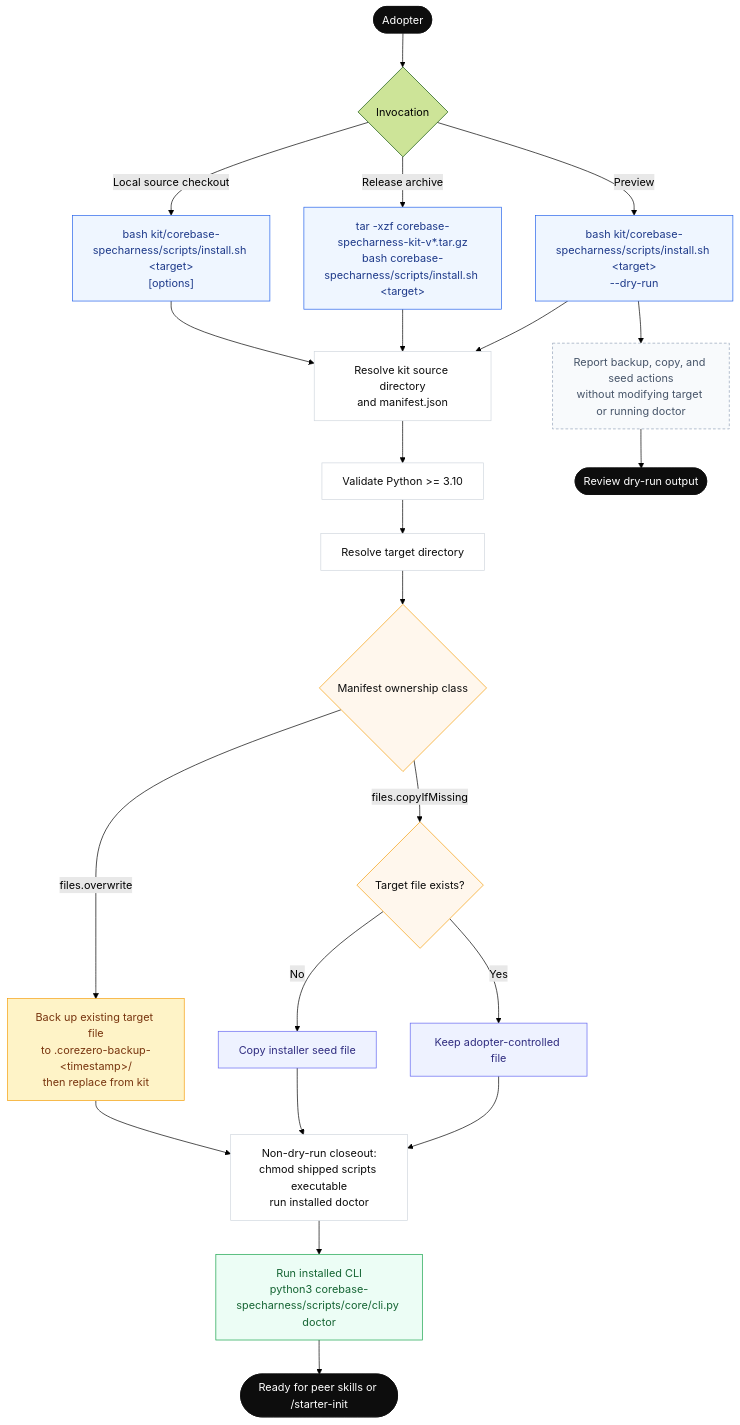
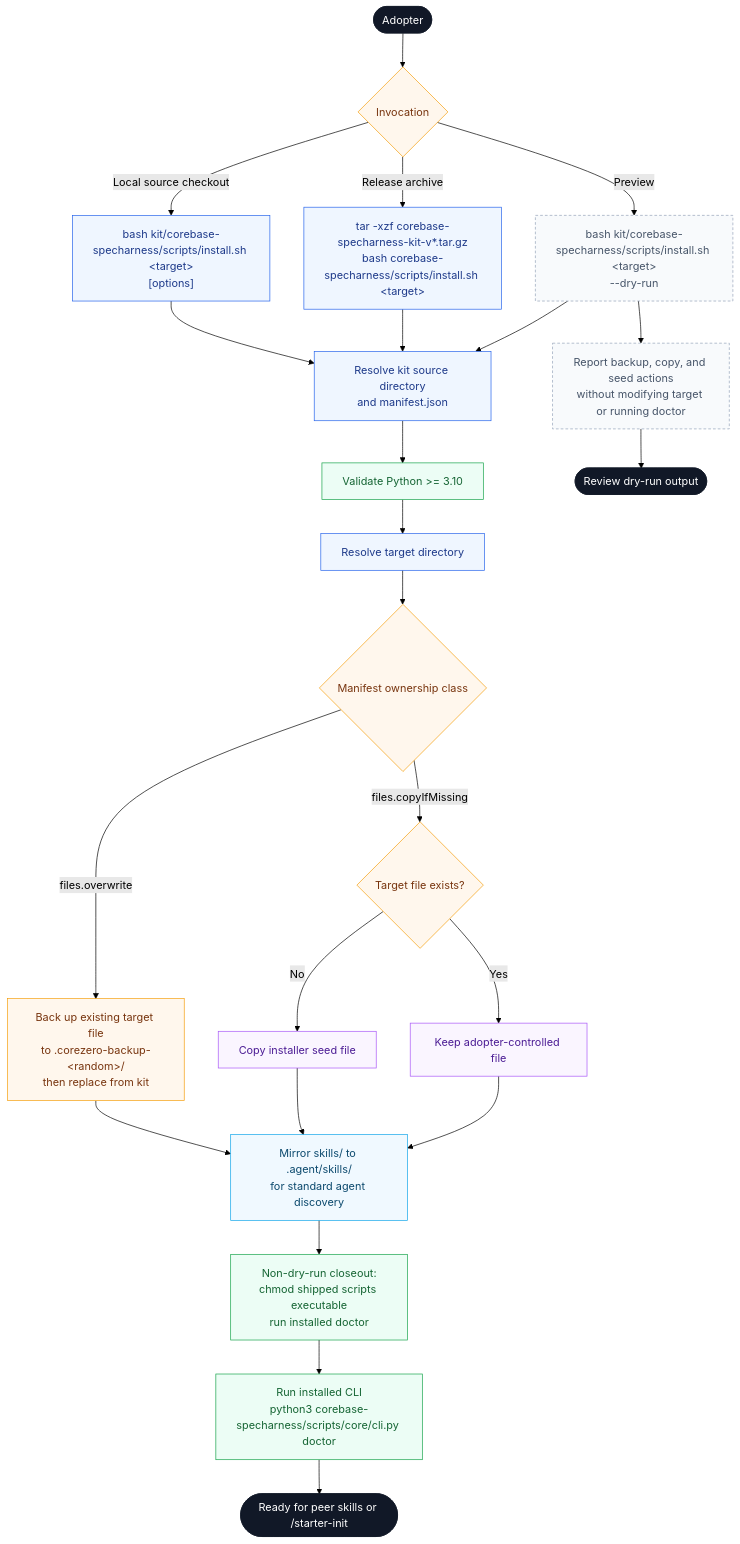
The diagram in documents/diagrams/source/workflow/install-flow.mmd (thaihai-swe/corebase-specharness), drawn with Mermaid (forest theme) before and after one commit. The commit also changed 22 other files, not shown here.

First line of the commit message:
Refactor workflow diagrams and enhance documentation

```diff
--- a/documents/diagrams/source/workflow/install-flow.mmd
+++ b/documents/diagrams/source/workflow/install-flow.mmd
@@ -1,50 +1,52 @@
 flowchart TD
     %% Install Flow — implementation authority:
     %% install.sh, manifest.json, INSTALL.md, and ARCHITECTURE.md
+    %% Palette: documents/diagrams/source/_shared/palette.md
 
-    START([Adopter]) --> ENTRY{Invocation}
-    ENTRY -->|Local source checkout| LOCAL["bash kit/corebase-specharness/scripts/install.sh &lt;target&gt;<br/>[options]"]:::entry
-    ENTRY -->|Release archive| ARCHIVE["tar -xzf corebase-specharness-kit-v*.tar.gz<br/>bash corebase-specharness/scripts/install.sh &lt;target&gt;"]:::entry
-    ENTRY -->|Preview| DRY["bash kit/corebase-specharness/scripts/install.sh &lt;target&gt;<br/>--dry-run"]:::entry
+    START([Adopter]):::terminal --> ENTRY{Invocation}:::decision
+    ENTRY -->|Local source checkout| LOCAL["bash kit/corebase-specharness/scripts/install.sh &lt;target&gt;<br/>[options]"]:::core
+    ENTRY -->|Release archive| ARCHIVE["tar -xzf corebase-specharness-kit-v*.tar.gz<br/>bash corebase-specharness/scripts/install.sh &lt;target&gt;"]:::core
+    ENTRY -->|Preview| DRY["bash kit/corebase-specharness/scripts/install.sh &lt;target&gt;<br/>--dry-run"]:::optional
 
-    LOCAL --> SOURCE["Resolve kit source directory<br/>and manifest.json"]:::action
+    LOCAL --> SOURCE["Resolve kit source directory<br/>and manifest.json"]:::core
     ARCHIVE --> SOURCE
     DRY --> SOURCE
 
-    SOURCE --> REQ["Validate Python &gt;= 3.10"]:::action
-    REQ --> TARGET["Resolve target directory"]:::action
+    SOURCE --> REQ["Validate Python &gt;= 3.10"]:::gate
+    REQ --> TARGET["Resolve target directory"]:::core
 
     TARGET --> OWNERSHIP{Manifest ownership class}:::decision
-    OWNERSHIP -->|files.overwrite| OW["Back up existing target file<br/>to .corezero-backup-&lt;timestamp&gt;/<br/>then replace from kit"]:::overwrite
+    OWNERSHIP -->|files.overwrite| OW["Back up existing target file<br/>to .corezero-backup-&lt;random&gt;/<br/>then replace from kit"]:::decision
     OWNERSHIP -->|files.copyIfMissing| CIM{Target file exists?}:::decision
-    CIM -->|No| SEED["Copy installer seed file"]:::seed
-    CIM -->|Yes| SKIP["Keep adopter-controlled file"]:::seed
+    CIM -->|No| SEED["Copy installer seed file"]:::memory
+    CIM -->|Yes| SKIP["Keep adopter-controlled file"]:::memory
 
-    OW --> CLOSE
-    SEED --> CLOSE
-    SKIP --> CLOSE
+    OW --> AGENT_MIRROR
+    SEED --> AGENT_MIRROR
+    SKIP --> AGENT_MIRROR
 
-    CLOSE["Non-dry-run closeout:<br/>chmod shipped scripts executable<br/>run installed doctor"]:::action
-    CLOSE --> DOCTOR["Run installed CLI<br/>python3 corebase-specharness/scripts/core/cli.py doctor"]:::verify
+    AGENT_MIRROR["Mirror skills/ to .agent/skills/<br/>for standard agent discovery"]:::external
+    AGENT_MIRROR --> CLOSE
+
+    CLOSE["Non-dry-run closeout:<br/>chmod shipped scripts executable<br/>run installed doctor"]:::gate
+    CLOSE --> DOCTOR["Run installed CLI<br/>python3 corebase-specharness/scripts/core/cli.py doctor"]:::gate
     DOCTOR --> READY([Ready for peer skills or /starter-init]):::terminal
 
-    DRY --> DRY_REPORT["Report backup, copy, and seed actions<br/>without modifying target or running doctor"]:::dry
+    DRY --> DRY_REPORT["Report backup, copy, and seed actions<br/>without modifying target or running doctor"]:::optional
     DRY_REPORT --> PREVIEW([Review dry-run output]):::terminal
 
-    classDef terminal fill:#0d0d0d,stroke:#0d0d0d,color:#fff
-    classDef entry fill:#eff6ff,stroke:#2563eb,color:#1e3a8a
-    classDef action fill:#fff,stroke:#d0d7de,color:#0d0d0d
-    classDef decision fill:#fff7ed,stroke:#f59e0b,color:#0d0d0d
-    classDef overwrite fill:#fef3c7,stroke:#f59e0b,color:#78350f
-    classDef seed fill:#eef2ff,stroke:#6366f1,color:#312e81
-    classDef verify fill:#ecfdf5,stroke:#16a34a,color:#166534
-    classDef dry fill:#f8fafc,stroke:#94a3b8,color:#475569,stroke-dasharray:4 3
+    classDef terminal fill:#111827,stroke:#111827,color:#fff
+    classDef core fill:#eff6ff,stroke:#2563eb,color:#1e3a8a
+    classDef gate fill:#ecfdf5,stroke:#16a34a,color:#166534
+    classDef decision fill:#fff7ed,stroke:#f59e0b,color:#78350f
+    classDef optional fill:#f8fafc,stroke:#94a3b8,color:#475569,stroke-dasharray:4 3
+    classDef external fill:#f0f9ff,stroke:#0ea5e9,color:#0c4a6e
+    classDef memory fill:#faf5ff,stroke:#a855f7,color:#4c1d95
 
     class START,READY,PREVIEW terminal
-    class LOCAL,ARCHIVE,DRY entry
-    class SOURCE,REQ,TARGET,CLOSE action
-    class OWNERSHIP,CIM decision
-    class OW overwrite
-    class SEED,SKIP seed
-    class DOCTOR verify
-    class DRY_REPORT dry
+    class LOCAL,ARCHIVE,SOURCE,TARGET core
+    class REQ,CLOSE,DOCTOR gate
+    class ENTRY,OWNERSHIP,CIM,OW decision
+    class DRY,DRY_REPORT optional
+    class AGENT_MIRROR external
+    class SEED,SKIP memory
```
